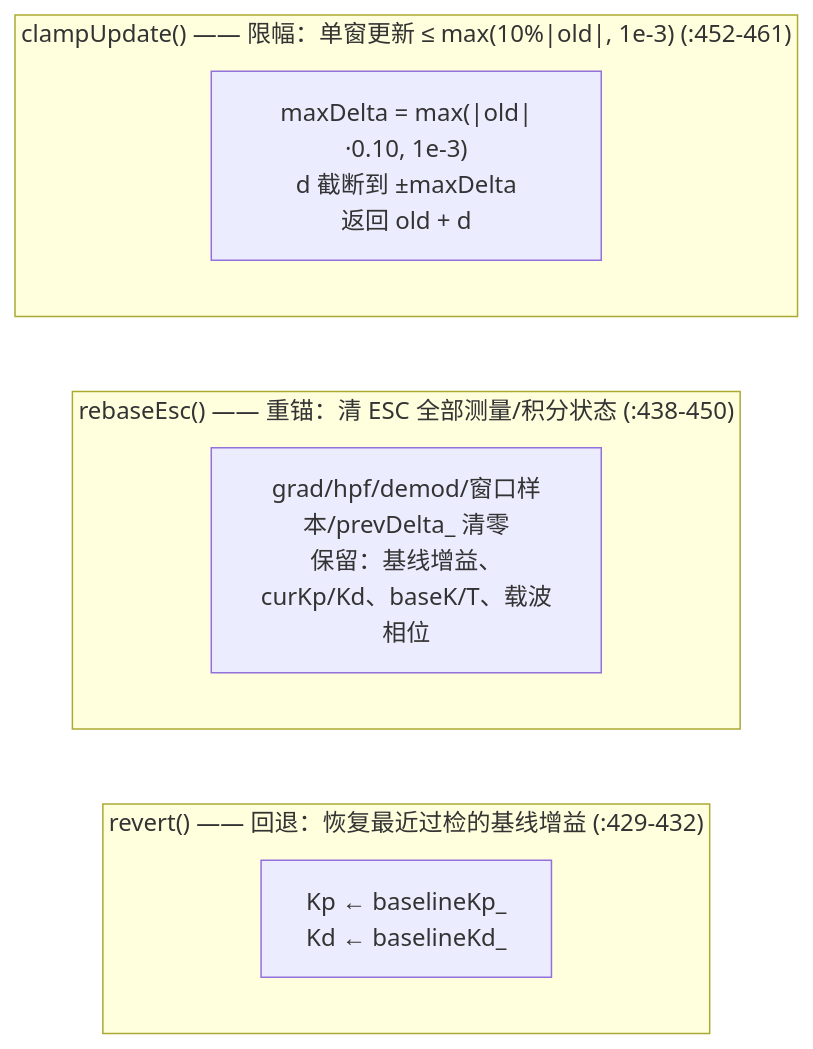
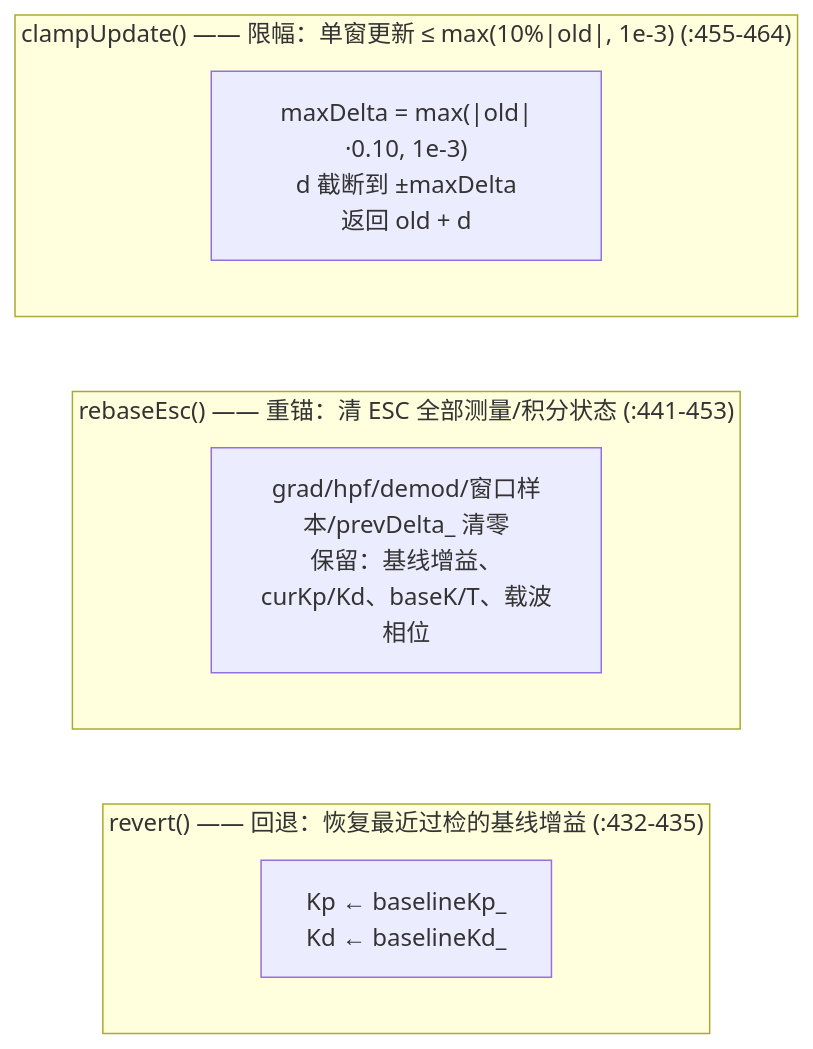
Diagram 15 of 16 in docs/ESC代码函数实现流程.md (jimaka/auto_rudder), drawn with Mermaid before and after one commit. The commit also changed other lines of this file and 24 other files, not shown here.

````diff
--- a/docs/ESC代码函数实现流程.md
+++ b/docs/ESC代码函数实现流程.md
@@ -574,12 +574,12 @@
 ```mermaid
 flowchart LR
-    subgraph R["revert() —— 回退：恢复最近过检的基线增益 (:429-432)"]
+    subgraph R["revert() —— 回退：恢复最近过检的基线增益 (:432-435)"]
         R1["Kp ← baselineKp_<br/>Kd ← baselineKd_"]
     end
-    subgraph RB["rebaseEsc() —— 重锚：清 ESC 全部测量/积分状态 (:438-450)"]
+    subgraph RB["rebaseEsc() —— 重锚：清 ESC 全部测量/积分状态 (:441-453)"]
         RB1["grad/hpf/demod/窗口样本/prevDelta_ 清零<br/>保留：基线增益、curKp/Kd、baseK/T、载波相位"]
     end
-    subgraph CU["clampUpdate() —— 限幅：单窗更新 ≤ max(10%|old|, 1e-3) (:452-461)"]
+    subgraph CU["clampUpdate() —— 限幅：单窗更新 ≤ max(10%|old|, 1e-3) (:455-464)"]
         CU1["maxDelta = max(|old|·0.10, 1e-3)<br/>d 截断到 ±maxDelta<br/>返回 old + d"]
     end
 ```
````
